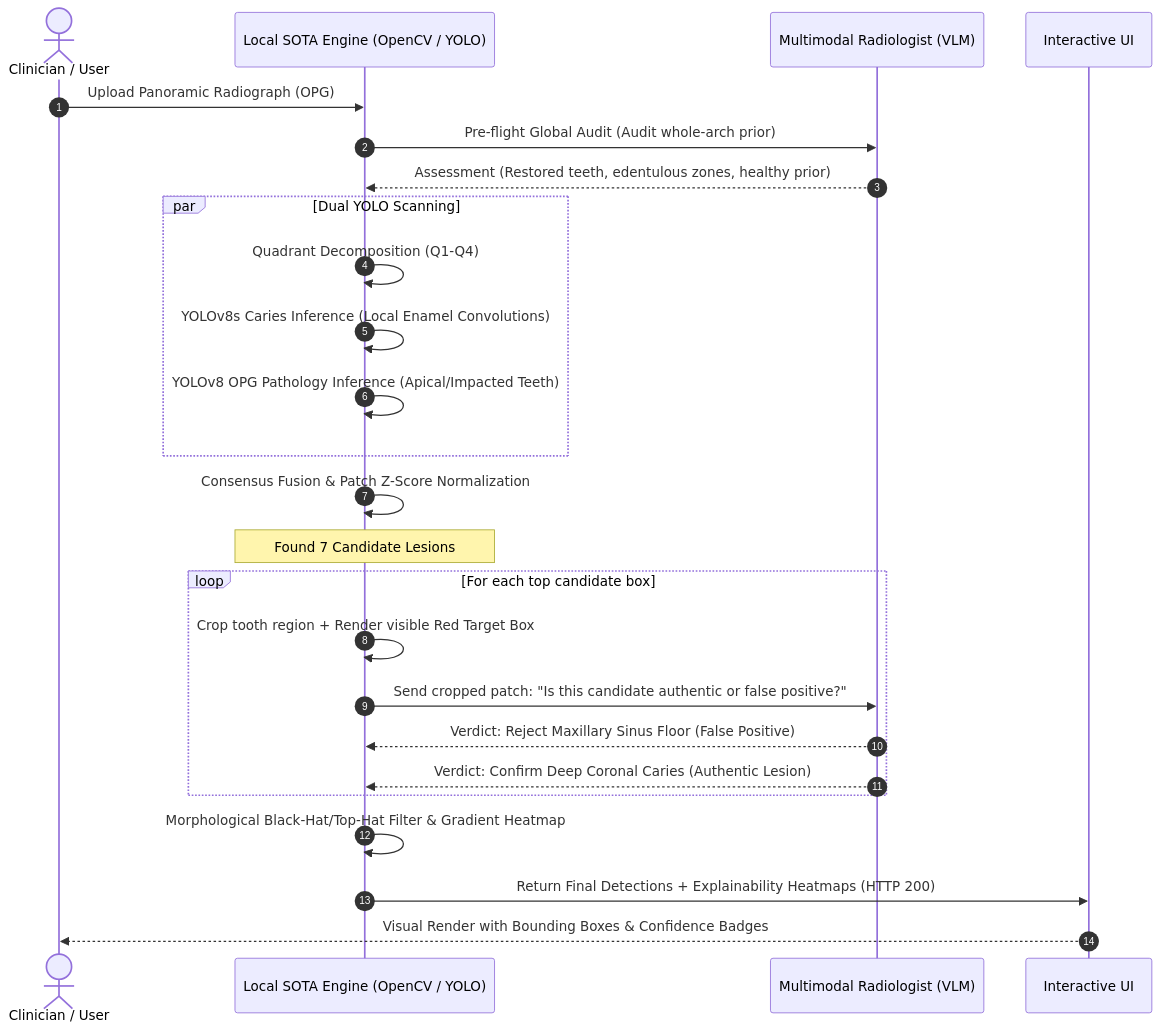
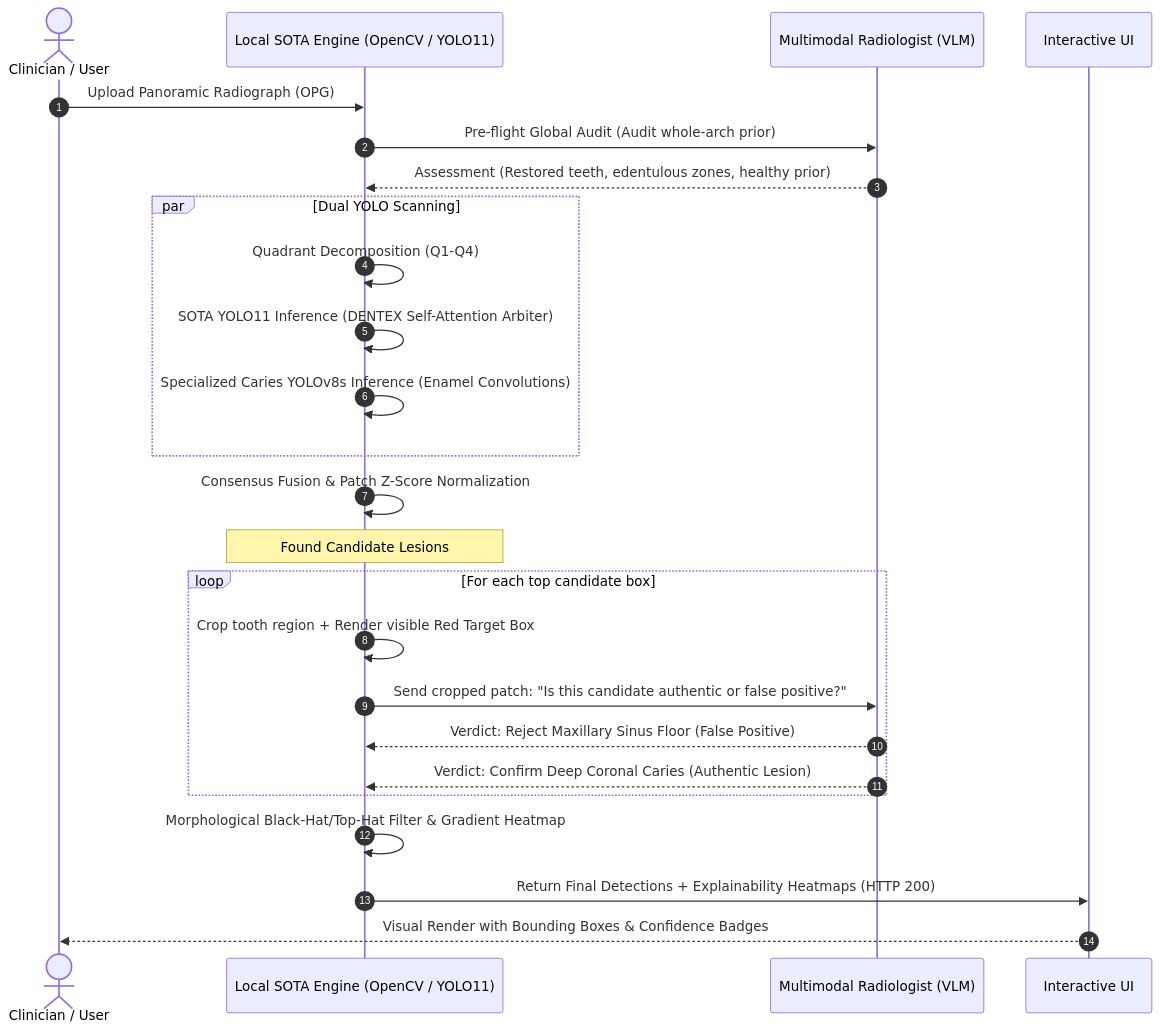
One commit to yousiff139-lang/Dental-OPG-SOTA-Architecture changed the third of 3 diagrams in README.md. Above: the diagram before and after it, drawn with Mermaid. The commit also changed other lines of this file and 4 other files, not shown here.

Commit message:
feat: upgrade to SOTA YOLO11 architecture, documentation, and empirical benchmarks

````diff
--- a/README.md
+++ b/README.md
@@ -146,32 +173,32 @@
 ```mermaid
 sequenceDiagram
     autonumber
     actor User as Clinician / User
-    participant Engine as Local SOTA Engine (OpenCV / YOLO)
+    participant Engine as Local SOTA Engine (OpenCV / YOLO11)
     participant VLM as Multimodal Radiologist (VLM)
     participant UI as Interactive UI
 
     User->>Engine: Upload Panoramic Radiograph (OPG)
     Engine->>VLM: Pre-flight Global Audit (Audit whole-arch prior)
     VLM-->>Engine: Assessment (Restored teeth, edentulous zones, healthy prior)
     
     par Dual YOLO Scanning
         Engine->>Engine: Quadrant Decomposition (Q1-Q4)
-        Engine->>Engine: YOLOv8s Caries Inference (Local Enamel Convolutions)
-        Engine->>Engine: YOLOv8 OPG Pathology Inference (Apical/Impacted Teeth)
+        Engine->>Engine: SOTA YOLO11 Inference (DENTEX Self-Attention Arbiter)
+        Engine->>Engine: Specialized Caries YOLOv8s Inference (Enamel Convolutions)
     end
 
     Engine->>Engine: Consensus Fusion & Patch Z-Score Normalization
-    Note over Engine: Found 7 Candidate Lesions
+    Note over Engine: Found Candidate Lesions
 
     loop For each top candidate box
         Engine->>Engine: Crop tooth region + Render visible Red Target Box
         Engine->>VLM: Send cropped patch: "Is this candidate authentic or false positive?"
         VLM-->>Engine: Verdict: Reject Maxillary Sinus Floor (False Positive)
         VLM-->>Engine: Verdict: Confirm Deep Coronal Caries (Authentic Lesion)
     end
 
     Engine->>Engine: Morphological Black-Hat/Top-Hat Filter & Gradient Heatmap
     Engine->>UI: Return Final Detections + Explainability Heatmaps (HTTP 200)
     UI-->>User: Visual Render with Bounding Boxes & Confidence Badges
 ```
````
